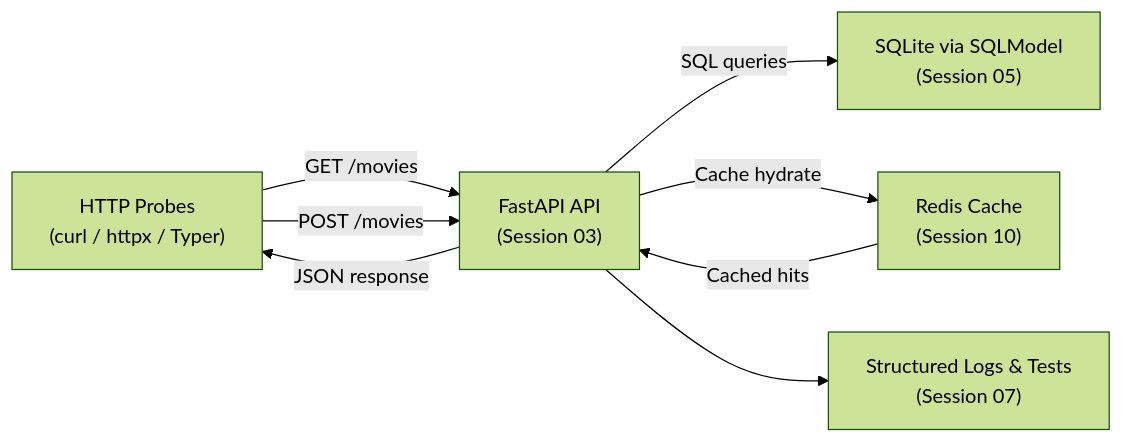
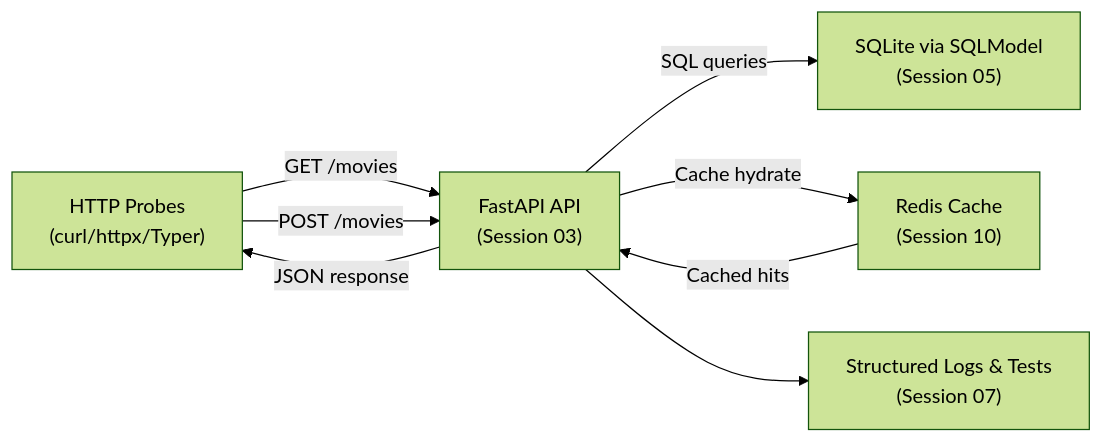
Before and after one commit to EASS-HIT-PART-A-2026-CLASS-IX/lecture-notes: the diagram in docs/sessions/session-02.md, drawn with Mermaid (forest theme). The commit also changed other lines of this file, not shown here.

Commit message:
Refine session 02 flow

````diff
--- a/docs/sessions/session-02.md
+++ b/docs/sessions/session-02.md
@@ -54,16 +76,16 @@
 ```mermaid
 flowchart LR
-    CLI["HTTP Probes\n(curl / httpx / Typer)"]
+    CLI["HTTP Probes\n(curl/httpx/Typer)"]
     API["FastAPI API\n(Session 03)"]
     DB["SQLite via SQLModel\n(Session 05)"]
     Cache["Redis Cache\n(Session 10)"]
     Logs["Structured Logs & Tests\n(Session 07)"]
 
     CLI -->|"GET /movies"| API
     CLI -->|"POST /movies"| API
     API -->|"SQL queries"| DB
     API -->|"Cache hydrate"| Cache
     Cache -->|"Cached hits"| API
     API -->|"JSON response"| CLI
     API --> Logs
 ```
````
